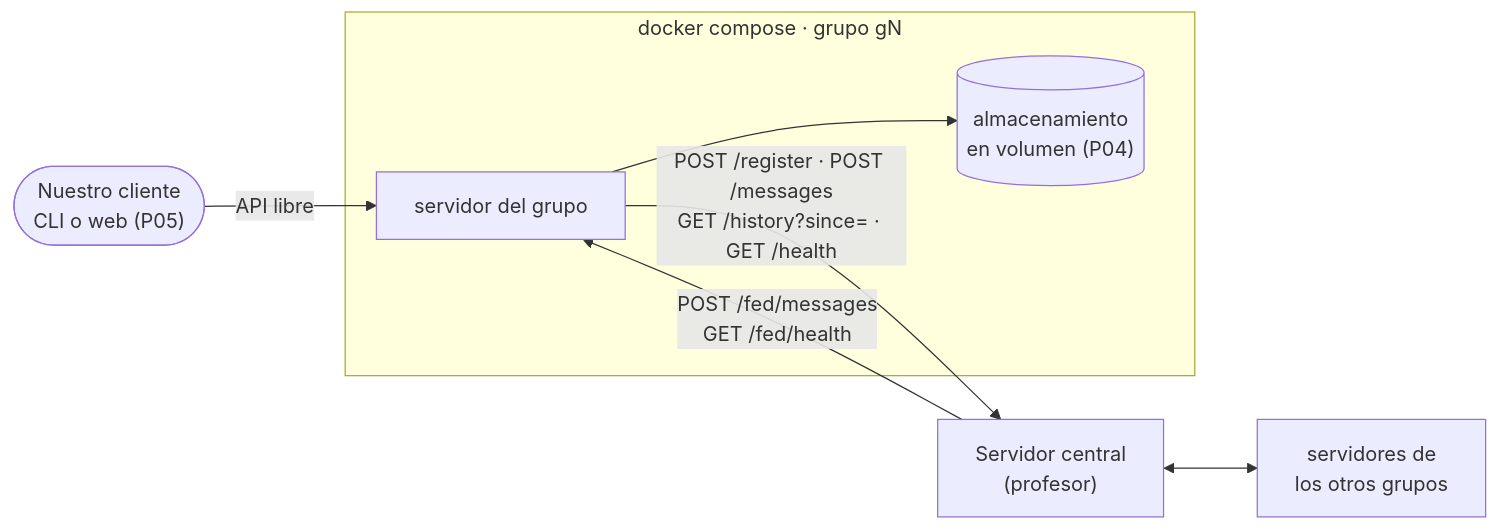
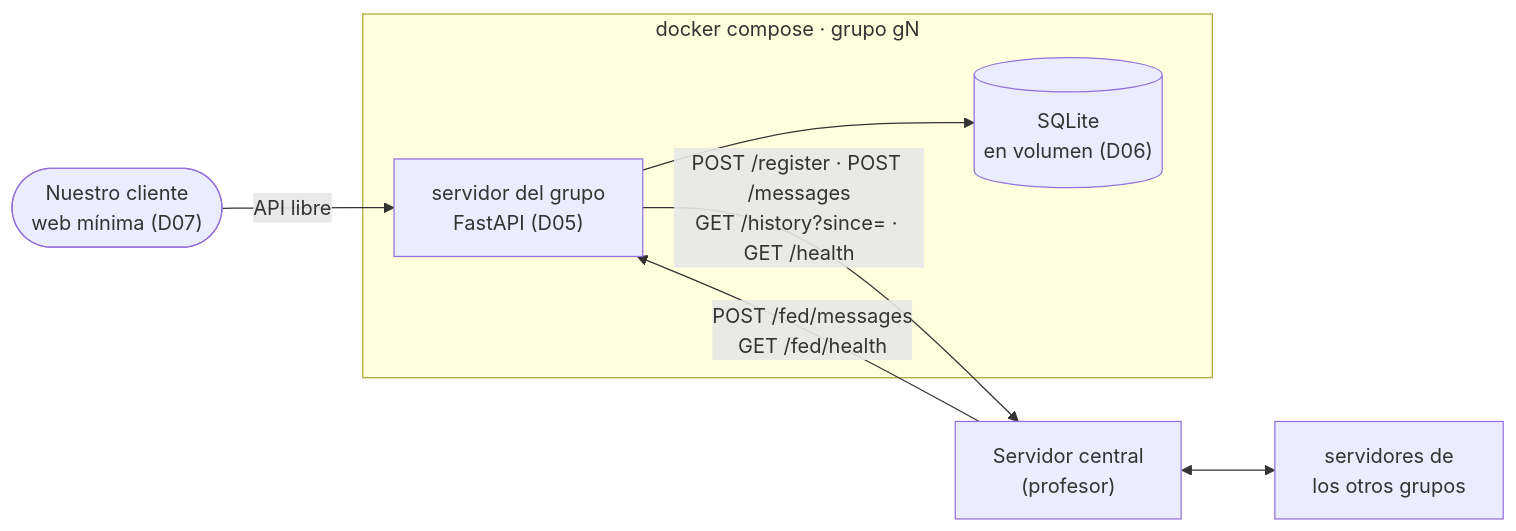
One commit to Maria-Fernanda-Ruiz/Chat-distribuido changed the second of 2 diagrams in README.md. Above: the diagram before and after it, drawn with Mermaid. The commit also changed other lines of this file and 2 other files, not shown here.

````diff
--- a/README.md
+++ b/README.md
@@ -55,10 +57,10 @@
 ```mermaid
 flowchart LR
-    CL(["Nuestro cliente<br/>CLI o web (P05)"]) -->|"API libre"| SV
+    CL(["Nuestro cliente<br/>web mínima (D07)"]) -->|"API libre"| SV
     subgraph DC["docker compose · grupo gN"]
-        SV["servidor del grupo"] --> DB[("almacenamiento<br/>en volumen (P04)")]
+        SV["servidor del grupo<br/>FastAPI (D05)"] --> DB[("SQLite<br/>en volumen (D06)")]
     end
     SV -->|"POST /register · POST /messages<br/>GET /history?since= · GET /health"| CE["Servidor central<br/>(profesor)"]
     CE -->|"POST /fed/messages<br/>GET /fed/health"| SV
     CE <--> OT["servidores de<br/>los otros grupos"]
 ```
````
